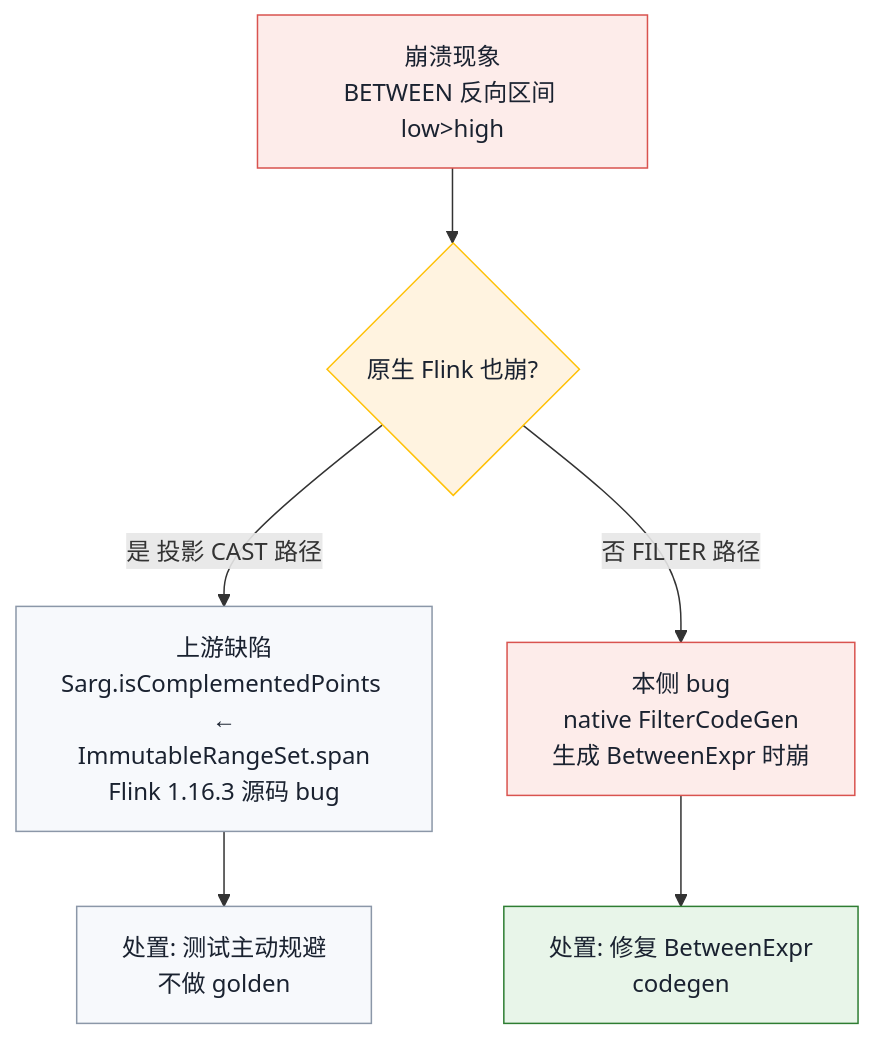
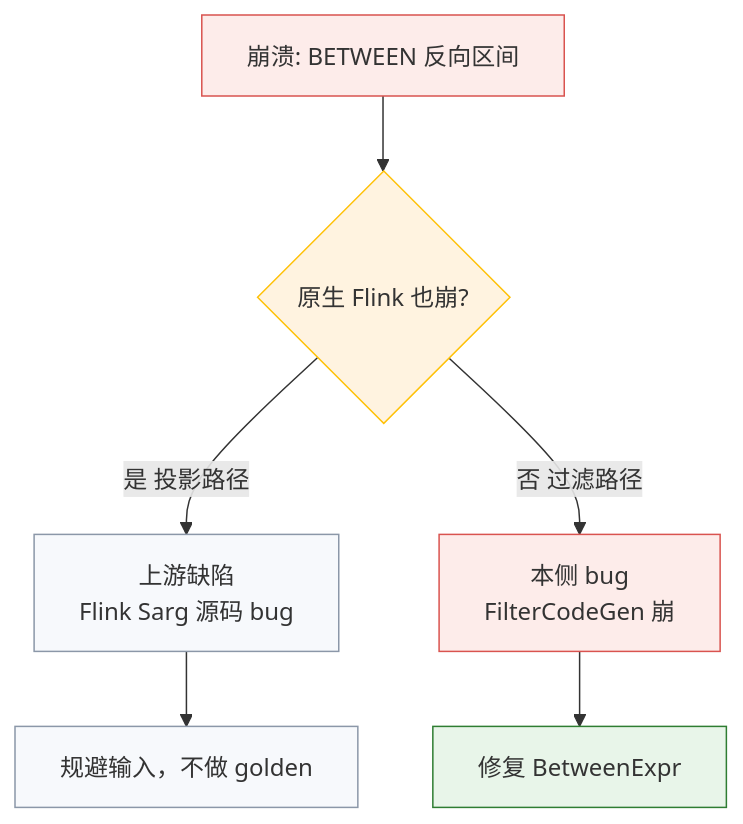
The fifth of 13 diagrams in manuscript.md (int2t05/internship), drawn with Mermaid before and after one commit. The commit also changed other lines of this file and 12 other files, not shown here.

````diff
--- a/manuscript.md
+++ b/manuscript.md
@@ -269,18 +254,16 @@
 ```mermaid
 flowchart TD
-    B["崩溃现象<br/>BETWEEN 反向区间 low>high"] --> V{原生 Flink 也崩?}
-    V -->|是 投影 CAST 路径| U["上游缺陷<br/>Sarg.isComplementedPoints ←<br/>ImmutableRangeSet.span<br/>Flink 1.16.3 源码 bug"]
-    V -->|否 FILTER 路径| N["本侧 bug<br/>native FilterCodeGen<br/>生成 BetweenExpr 时崩"]
-    U --> R1["处置: 测试主动规避<br/>不做 golden"]
-    N --> R2["处置: 修复 BetweenExpr<br/>codegen"]
-    classDef bug fill:#FDECEA,stroke:#D9534F,color:#1A2230
-    classDef dec fill:#FFF3E0,stroke:#FFC107,color:#1A2230
-    classDef up fill:#F7F9FC,stroke:#8B97A8,color:#1A2230
-    classDef fix fill:#E8F5E9,stroke:#2E7D32,color:#1A2230
-    class B bug
+    B["崩溃: BETWEEN 反向区间"] --> V{原生 Flink 也崩?}
+    V -->|是 投影路径| U["上游缺陷<br/>Flink Sarg 源码 bug"]
+    V -->|否 过滤路径| N["本侧 bug<br/>FilterCodeGen 崩"]
+    U --> R1["规避输入，不做 golden"]
+    N --> R2["修复 BetweenExpr"]
+    classDef bug fill:#FDECEA,stroke:#D9534F
+    classDef dec fill:#FFF3E0,stroke:#FFC107
+    classDef up fill:#F7F9FC,stroke:#8B97A8
+    classDef fix fill:#E8F5E9,stroke:#2E7D32
+    class B,N bug
     class V dec
-    class U up
-    class N bug
-    class R1 up
+    class U,R1 up
     class R2 fix
 ```
````
